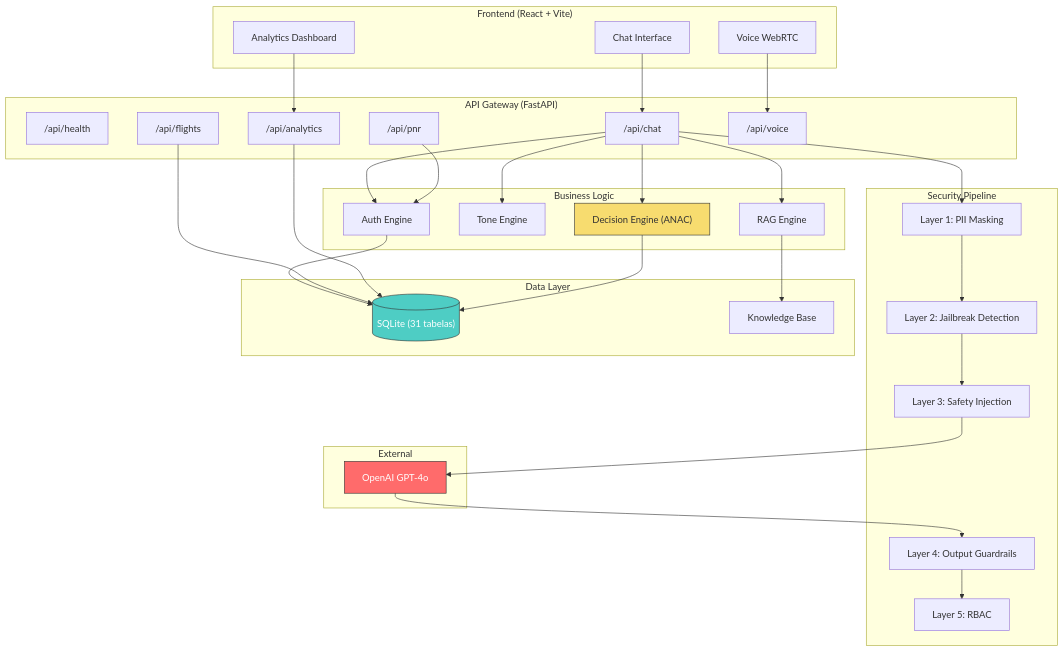
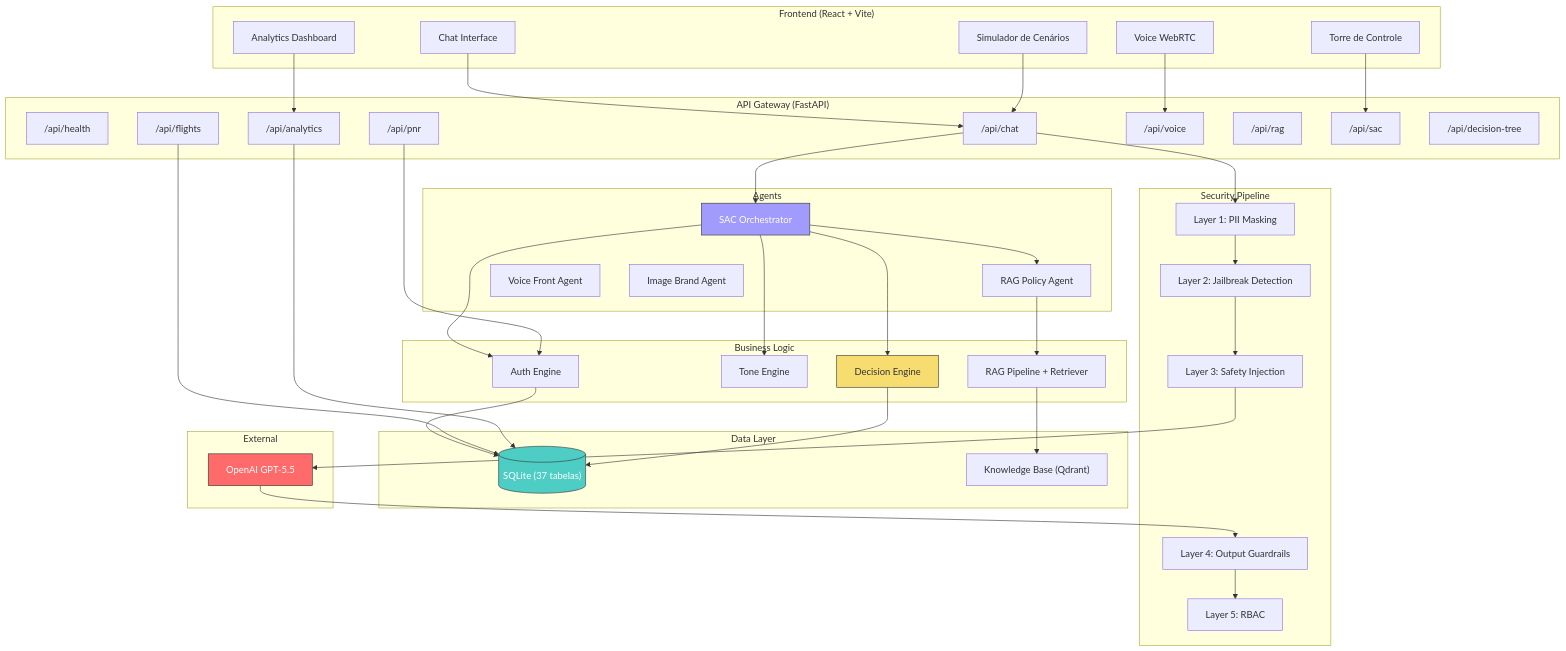
The first of 4 diagrams in README.md (alvarobastos-alis/airops-papagaiofly), drawn with Mermaid before and after one commit. The commit also changed other lines of this file, not shown here.

Commit message:
docs: atualizar README com estado atual do projeto (63 modulos, 25 PNRs, 13 endpoints, 4 agentes, policy-first)

````diff
--- a/README.md
+++ b/README.md
@@ -29,63 +31,79 @@
 ```mermaid
 graph TB
     subgraph "Frontend (React + Vite)"
         UI[Chat Interface]
         DASH[Analytics Dashboard]
         VOICE[Voice WebRTC]
+        MON[Torre de Controle]
+        SIM[Simulador de Cenários]
     end
 
     subgraph "API Gateway (FastAPI)"
         HEALTH["/api/health"]
         CHAT["/api/chat"]
         PNR["/api/pnr"]
         FLIGHTS["/api/flights"]
         ANALYTICS["/api/analytics"]
         VOICEAPI["/api/voice"]
+        RAGAPI["/api/rag"]
+        SACAPI["/api/sac"]
+        DTREE["/api/decision-tree"]
     end
 
     subgraph "Security Pipeline"
         PII["Layer 1: PII Masking"]
         JB["Layer 2: Jailbreak Detection"]
         SI["Layer 3: Safety Injection"]
         OG["Layer 4: Output Guardrails"]
         RBAC["Layer 5: RBAC"]
     end
 
+    subgraph "Agents"
+        ORCH["SAC Orchestrator"]
+        RAGAGENT["RAG Policy Agent"]
+        VFRONT["Voice Front Agent"]
+        IMGAGENT["Image Brand Agent"]
+    end
+
     subgraph "Business Logic"
-        DE["Decision Engine (ANAC)"]
+        DE["Decision Engine"]
         TE["Tone Engine"]
         AE["Auth Engine"]
-        RAG["RAG Engine"]
+        RAG["RAG Pipeline + Retriever"]
     end
 
     subgraph "Data Layer"
-        DB[("SQLite (31 tabelas)")]
-        KB["Knowledge Base"]
+        DB[("SQLite (37 tabelas)")]
+        KB["Knowledge Base (Qdrant)"]
     end
 
     subgraph "External"
-        LLM["OpenAI GPT-4o"]
+        LLM["OpenAI GPT-5.5"]
     end
 
     UI --> CHAT
     DASH --> ANALYTICS
     VOICE --> VOICEAPI
+    MON --> SACAPI
+    SIM --> CHAT
 
     CHAT --> PII --> JB --> SI --> LLM
     LLM --> OG --> RBAC
 
-    CHAT --> DE
-    CHAT --> TE
-    CHAT --> AE
-    CHAT --> RAG
+    CHAT --> ORCH
+    ORCH --> DE
+    ORCH --> RAGAGENT
+    ORCH --> TE
+    ORCH --> AE
 
     PNR --> AE --> DB
     FLIGHTS --> DB
     ANALYTICS --> DB
-    RAG --> KB
+    RAGAGENT --> RAG --> KB
     DE --> DB
 
     style LLM fill:#ff6b6b,stroke:#333,color:#fff
     style DB fill:#4ecdc4,stroke:#333,color:#fff
     style DE fill:#f7dc6f,stroke:#333,color:#333
+    style ORCH fill:#a29bfe,stroke:#333,color:#fff
 ```
````
